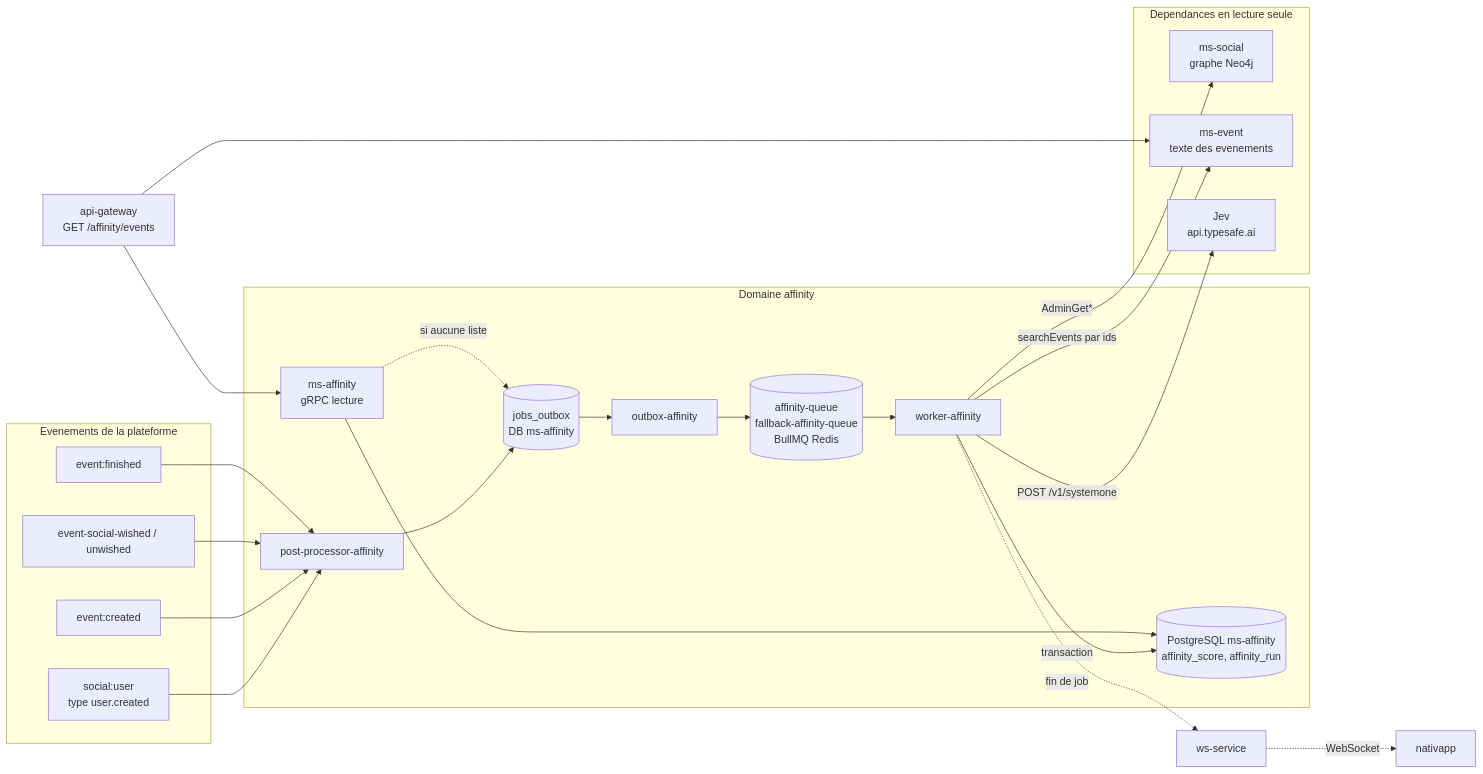
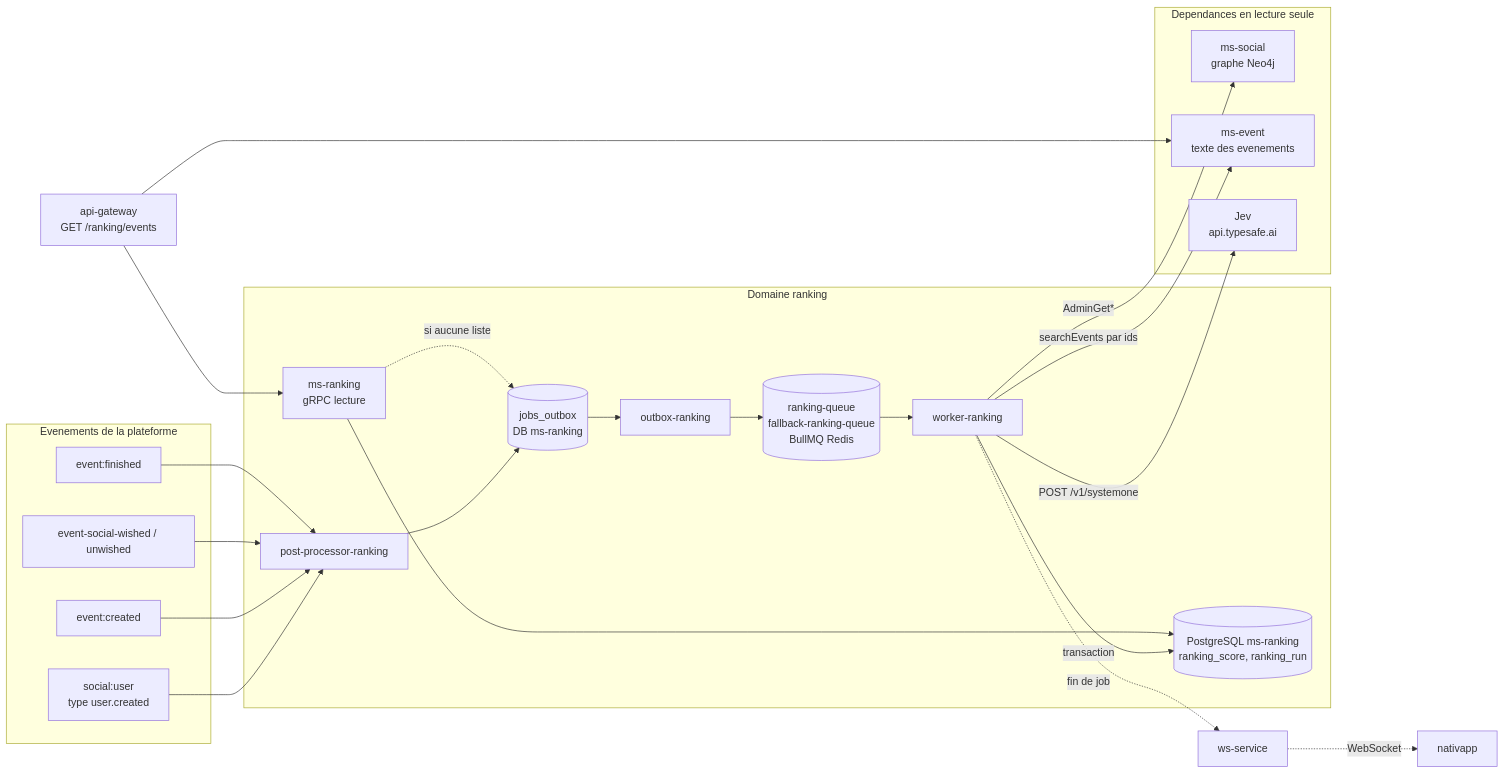
One commit to Volontariapp/docs changed the first of 2 diagrams in matching/02-architecture-cible.md. Above: the diagram before and after it, drawn with Mermaid. The commit also changed other lines of this file and 13 other files, not shown here.

First line of the commit message:
docs(matching): rename ms-affinity to ms-ranking and record the V1 decisions

````diff
--- a/matching/02-architecture-cible.md
+++ b/matching/02-architecture-cible.md
@@ -7,41 +7,41 @@
 ```mermaid
 flowchart LR
     subgraph Declencheurs[Evenements de la plateforme]
         UC[social:user<br/>type user.created]
         EC[event:created]
         EW[event-social-wished / unwished]
         EF[event:finished]
     end
 
-    subgraph AffinityDomain[Domaine affinity]
-        PPA[post-processor-affinity]
-        OBX[(jobs_outbox<br/>DB ms-affinity)]
-        ORA[outbox-affinity]
-        Q[(affinity-queue<br/>fallback-affinity-queue<br/>BullMQ Redis)]
-        W[worker-affinity]
-        DB[(PostgreSQL ms-affinity<br/>affinity_score, affinity_run)]
-        MSA[ms-affinity<br/>gRPC lecture]
+    subgraph RankingDomain[Domaine ranking]
+        PPA[post-processor-ranking]
+        OBX[(jobs_outbox<br/>DB ms-ranking)]
+        ORA[outbox-ranking]
+        Q[(ranking-queue<br/>fallback-ranking-queue<br/>BullMQ Redis)]
+        W[worker-ranking]
+        DB[(PostgreSQL ms-ranking<br/>ranking_score, ranking_run)]
+        MSA[ms-ranking<br/>gRPC lecture]
     end
 
     subgraph Externes[Dependances en lecture seule]
         MSS[ms-social<br/>graphe Neo4j]
         MSE[ms-event<br/>texte des evenements]
         JEV[Jev<br/>api.typesafe.ai]
     end
 
     UC --> PPA
     EC --> PPA
     EW --> PPA
     EF --> PPA
     PPA --> OBX --> ORA --> Q --> W
     W -->|AdminGet*| MSS
     W -->|searchEvents par ids| MSE
     W -->|POST /v1/systemone| JEV
     W -->|transaction| DB
     MSA --> DB
 
-    GW[api-gateway<br/>GET /affinity/events] --> MSA
+    GW[api-gateway<br/>GET /ranking/events] --> MSA
     GW --> MSE
     MSA -. si aucune liste .-> OBX
     W -. fin de job .-> WS[ws-service] -. WebSocket .-> APP[nativapp]
 ```
````
